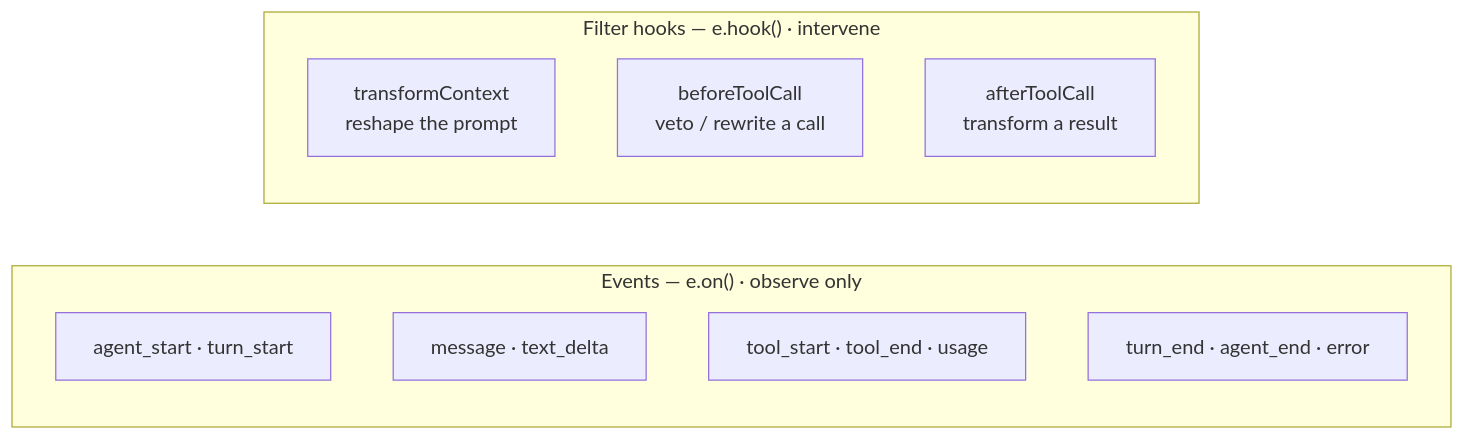
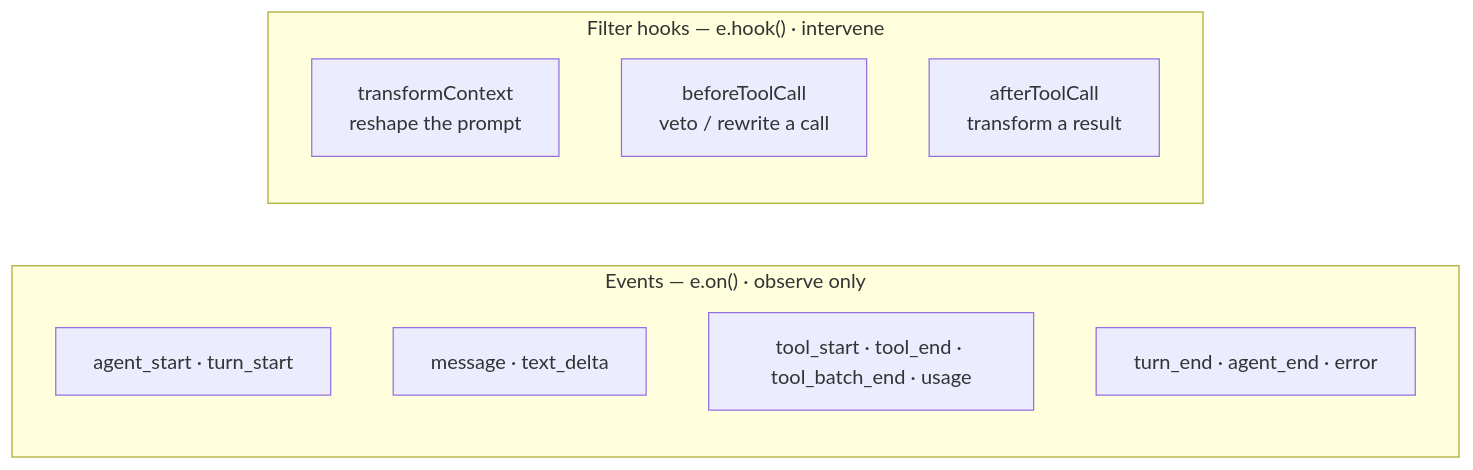
Before and after one commit to caohaotiantian/EAgent: the third of 5 diagrams in README.md, drawn with Mermaid. The commit also changed 4 other files, not shown here.

First line of the commit message:
feat(phase1): add tool_batch_end wave-settled lifecycle event

````diff
--- a/README.md
+++ b/README.md
@@ -152,16 +152,16 @@
 ```mermaid
 flowchart LR
     subgraph OBS["Events — e.on() · observe only"]
         direction TB
         EVA["agent_start · turn_start"]
         EVB["message · text_delta"]
-        EVC["tool_start · tool_end · usage"]
+        EVC["tool_start · tool_end · tool_batch_end · usage"]
         EVD["turn_end · agent_end · error"]
     end
     subgraph INT["Filter hooks — e.hook() · intervene"]
         direction TB
         H1["transformContext<br/>reshape the prompt"]
         H2["beforeToolCall<br/>veto / rewrite a call"]
         H3["afterToolCall<br/>transform a result"]
     end
 ```
````
